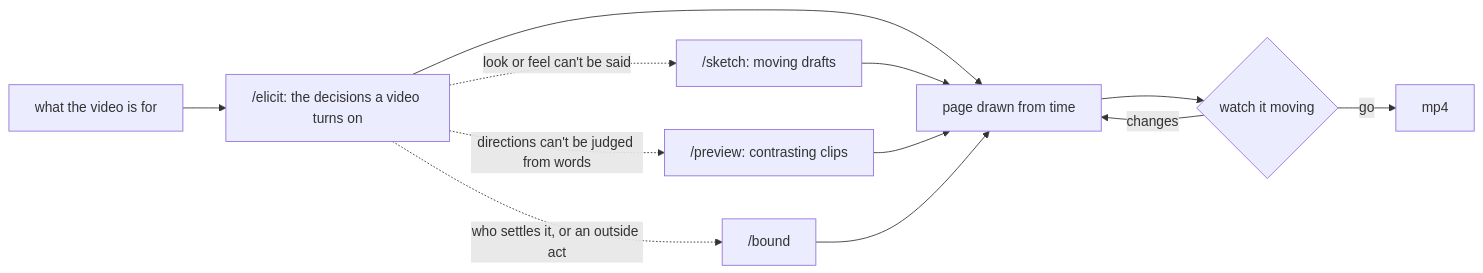
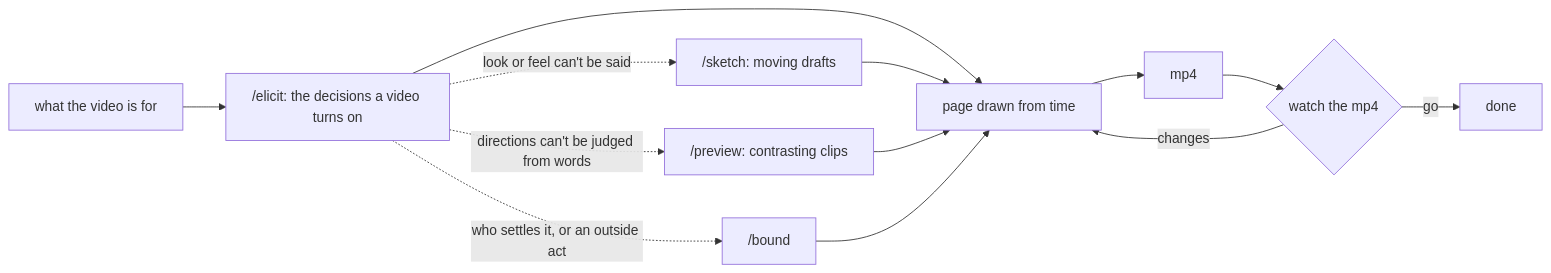
One commit to jongwony/cc-plugin changed the diagram in motion/README.md. Above: the diagram before and after it, drawn with Mermaid. The commit also changed other lines of this file and 4 other files, not shown here.

````diff
--- a/motion/README.md
+++ b/motion/README.md
@@ -5,14 +5,15 @@
 ```mermaid
 flowchart LR
   A[what the video is for] --> B["/elicit: the decisions a video turns on"]
   B --> P[page drawn from time]
   B -. look or feel can't be said .-> S["/sketch: moving drafts"]
   B -. directions can't be judged from words .-> V["/preview: contrasting clips"]
   B -. who settles it, or an outside act .-> D["/bound"]
   S --> P
   V --> P
   D --> P
-  P --> W{watch it moving}
+  P --> M[mp4]
+  M --> W{watch the mp4}
   W -- changes --> P
-  W -- go --> M[mp4]
+  W -- go --> E[done]
 ```
````
